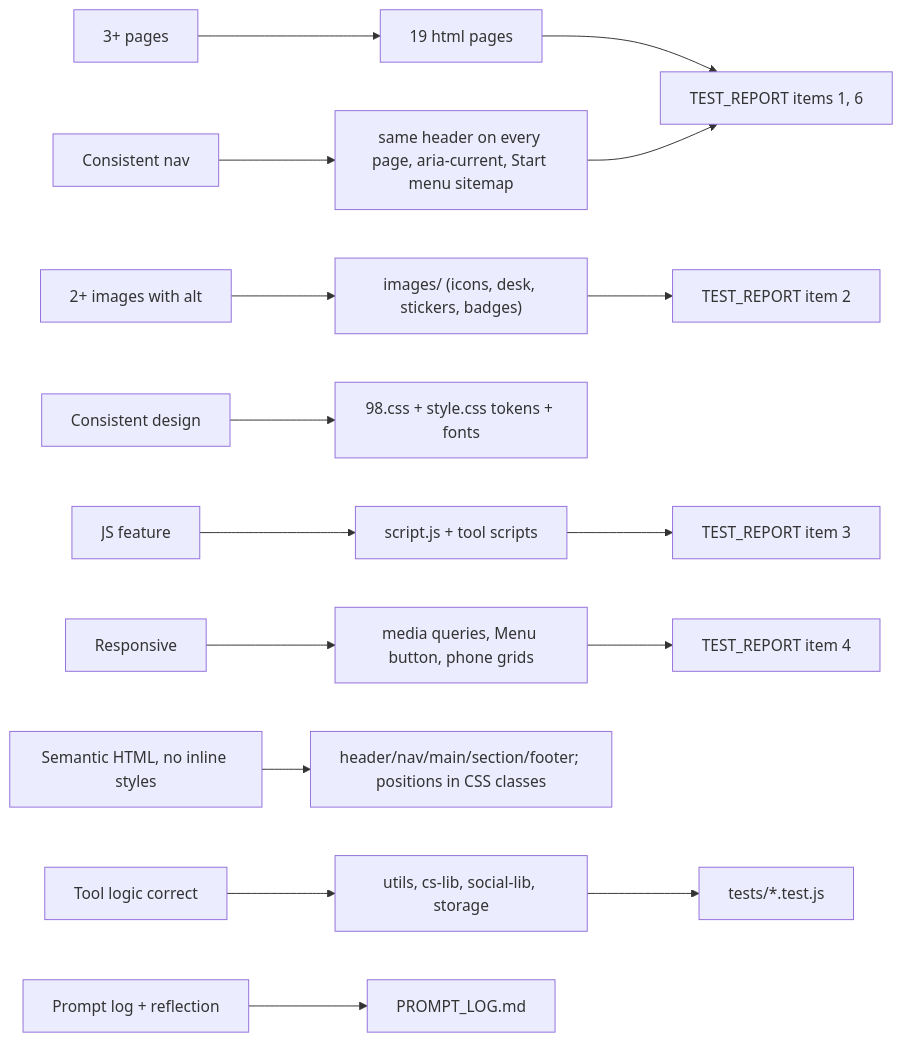
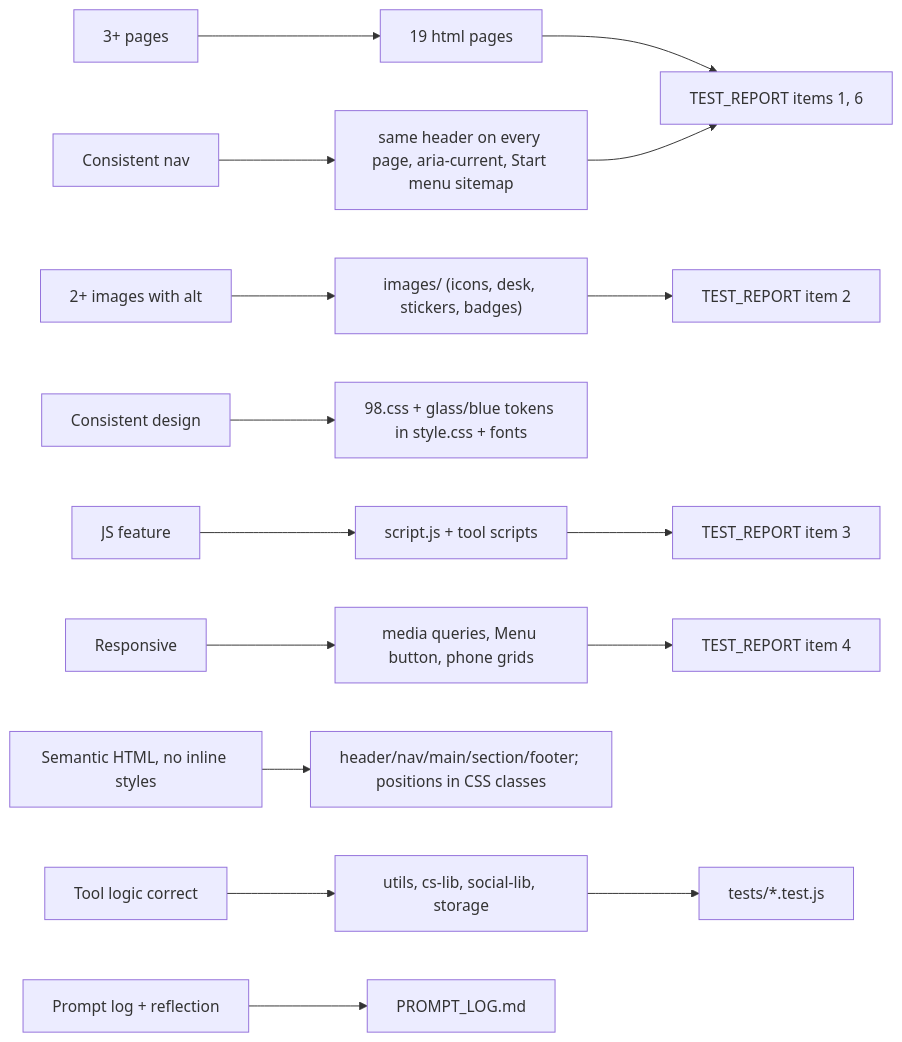
One commit to ChrisMedkit/CS-235-IntroToAI changed diagram 12 of 12 in DIAGRAM.md. Above: the diagram before and after it, drawn with Mermaid. The commit also changed other lines of this file and 4 other files, not shown here.

Commit message:
Glass panes and light-blue colors on the 98.css look

````diff
--- a/DIAGRAM.md
+++ b/DIAGRAM.md
@@ -208,17 +208,17 @@
 ```mermaid
 flowchart LR
   R1["3+ pages"] --> C1["19 html pages"]
   R2["Consistent nav"] --> C2["same header on every page, aria-current, Start menu sitemap"]
   R3["2+ images with alt"] --> C3["images/ (icons, desk, stickers, badges)"]
-  R4["Consistent design"] --> C4["98.css + style.css tokens + fonts"]
+  R4["Consistent design"] --> C4["98.css + glass/blue tokens in style.css + fonts"]
   R5["JS feature"] --> C5["script.js + tool scripts"]
   R6["Responsive"] --> C6["media queries, Menu button, phone grids"]
   R7["Semantic HTML, no inline styles"] --> C7["header/nav/main/section/footer; positions in CSS classes"]
   R8["Tool logic correct"] --> C8["utils, cs-lib, social-lib, storage"]
   C8 --> T1["tests/*.test.js"]
   C5 --> T2["TEST_REPORT item 3"]
   C1 & C2 --> T3["TEST_REPORT items 1, 6"]
   C6 --> T4["TEST_REPORT item 4"]
   C3 --> T5["TEST_REPORT item 2"]
   R9["Prompt log + reflection"] --> C9["PROMPT_LOG.md"]
 ```
````
